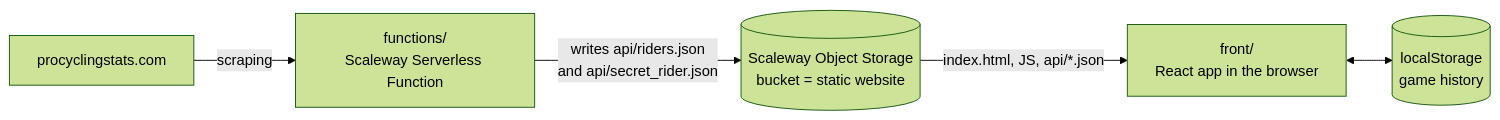
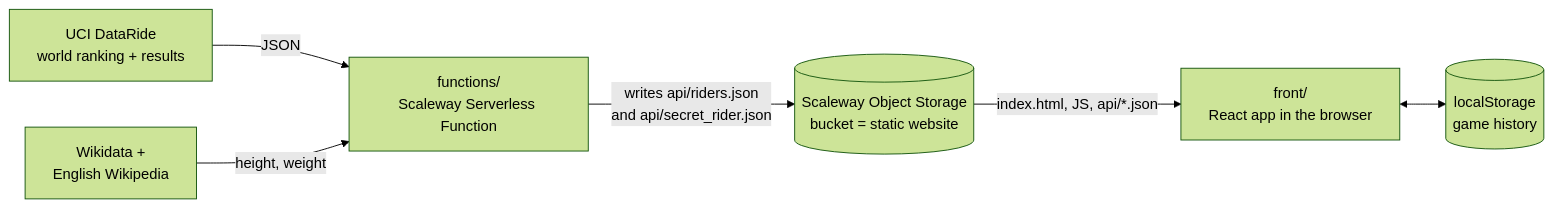
One commit to g3wis/ucicle changed the diagram in README.md. Above: the diagram before and after it, drawn with Mermaid (forest theme). The commit also changed other lines of this file and 14 other files, not shown here.

First line of the commit message:
fix(functions): load riders from UCI DataRide and Wikidata instead of procyclingstats

````diff
--- a/README.md
+++ b/README.md
@@ -24,7 +24,8 @@
 ```mermaid
 flowchart LR
-  PCS[procyclingstats.com] -- scraping --> FN[functions/<br>Scaleway Serverless Function]
+  UCI[UCI DataRide<br>world ranking + results] -- JSON --> FN[functions/<br>Scaleway Serverless Function]
+  WD[Wikidata +<br>English Wikipedia] -- height, weight --> FN
   FN -- writes api/riders.json<br>and api/secret_rider.json --> BK[(Scaleway Object Storage<br>bucket = static website)]
   BK -- index.html, JS, api/*.json --> FR[front/<br>React app in the browser]
   FR <--> LS[(localStorage<br>game history)]
 ```
````
